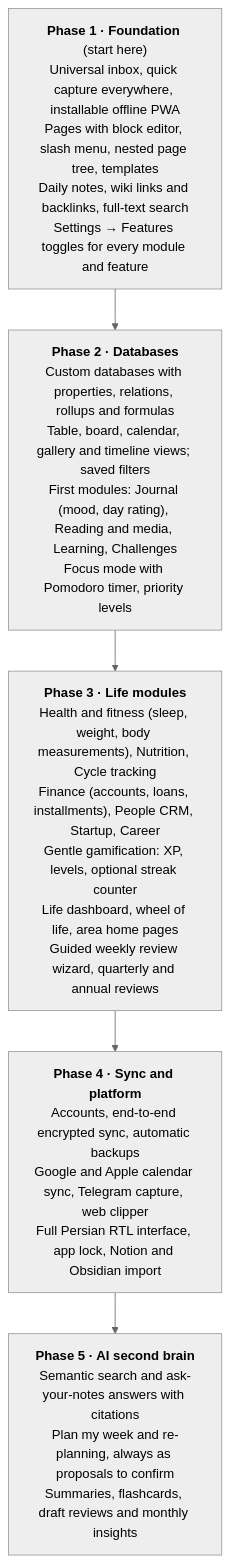
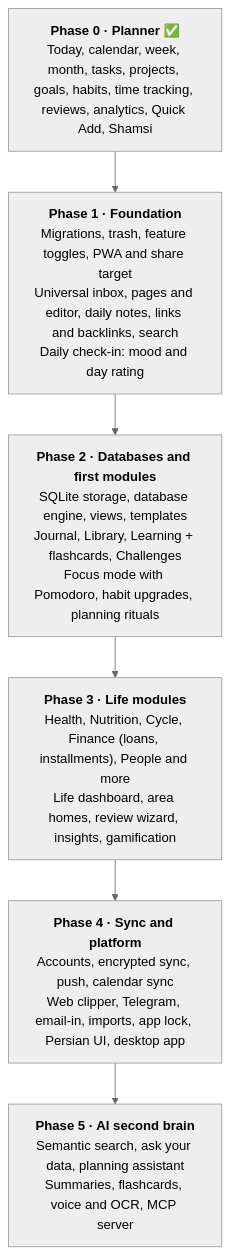
Before and after one commit to Mapl6/personal-os: the second of 2 diagrams in docs/ROADMAP.md, drawn with Mermaid (neutral theme). The commit also changed other lines of this file and 50 other files, not shown here.

Commit message:
feat:update docs,roadmap,featurelist and more

````diff
--- a/docs/ROADMAP.md
+++ b/docs/ROADMAP.md
@@ -235,9 +60,10 @@
 ```mermaid
 flowchart TB
-  p1["<b>Phase 1 · Foundation</b> (start here)<br/>Universal inbox, quick capture everywhere, installable offline PWA<br/>Pages with block editor, slash menu, nested page tree, templates<br/>Daily notes, wiki links and backlinks, full-text search<br/>Settings → Features toggles for every module and feature"]
-  p2["<b>Phase 2 · Databases</b><br/>Custom databases with properties, relations, rollups and formulas<br/>Table, board, calendar, gallery and timeline views; saved filters<br/>First modules: Journal (mood, day rating), Reading and media, Learning, Challenges<br/>Focus mode with Pomodoro timer, priority levels"]
-  p3["<b>Phase 3 · Life modules</b><br/>Health and fitness (sleep, weight, body measurements), Nutrition, Cycle tracking<br/>Finance (accounts, loans, installments), People CRM, Startup, Career<br/>Gentle gamification: XP, levels, optional streak counter<br/>Life dashboard, wheel of life, area home pages<br/>Guided weekly review wizard, quarterly and annual reviews"]
-  p4["<b>Phase 4 · Sync and platform</b><br/>Accounts, end-to-end encrypted sync, automatic backups<br/>Google and Apple calendar sync, Telegram capture, web clipper<br/>Full Persian RTL interface, app lock, Notion and Obsidian import"]
-  p5["<b>Phase 5 · AI second brain</b><br/>Semantic search and ask-your-notes answers with citations<br/>Plan my week and re-planning, always as proposals to confirm<br/>Summaries, flashcards, draft reviews and monthly insights"]
-  p1 --> p2 --> p3 --> p4 --> p5
+  p0["<b>Phase 0 · Planner</b> ✅<br/>Today, calendar, week, month, tasks, projects, goals, habits, time tracking, reviews, analytics, Quick Add, Shamsi"]
+  p1["<b>Phase 1 · Foundation</b><br/>Migrations, trash, feature toggles, PWA and share target<br/>Universal inbox, pages and editor, daily notes, links and backlinks, search<br/>Daily check-in: mood and day rating"]
+  p2["<b>Phase 2 · Databases and first modules</b><br/>SQLite storage, database engine, views, templates<br/>Journal, Library, Learning + flashcards, Challenges<br/>Focus mode with Pomodoro, habit upgrades, planning rituals"]
+  p3["<b>Phase 3 · Life modules</b><br/>Health, Nutrition, Cycle, Finance (loans, installments), People and more<br/>Life dashboard, area homes, review wizard, insights, gamification"]
+  p4["<b>Phase 4 · Sync and platform</b><br/>Accounts, encrypted sync, push, calendar sync<br/>Web clipper, Telegram, email-in, imports, app lock, Persian UI, desktop app"]
+  p5["<b>Phase 5 · AI second brain</b><br/>Semantic search, ask your data, planning assistant<br/>Summaries, flashcards, voice and OCR, MCP server"]
+  p0 --> p1 --> p2 --> p3 --> p4 --> p5
 ```
````
